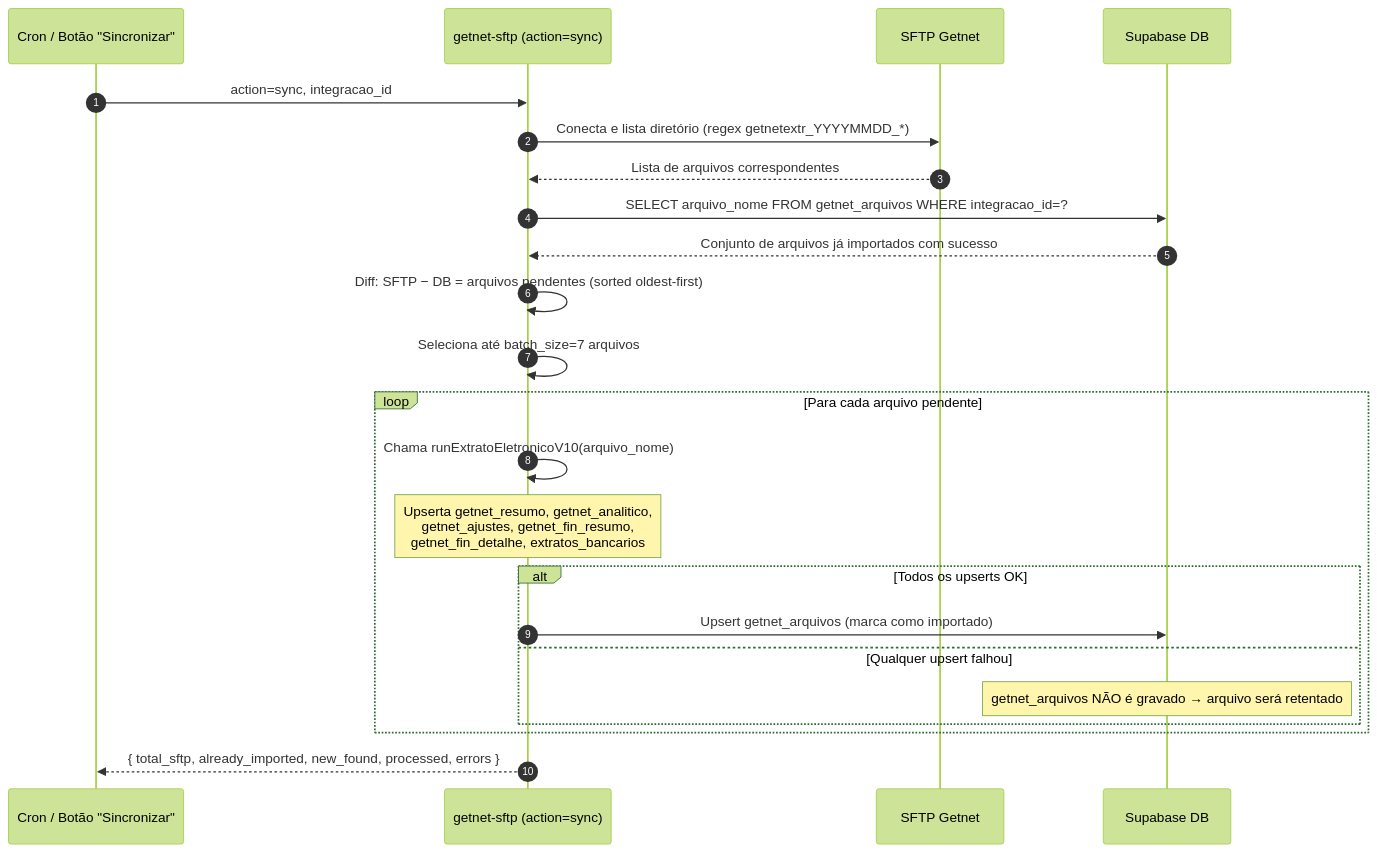
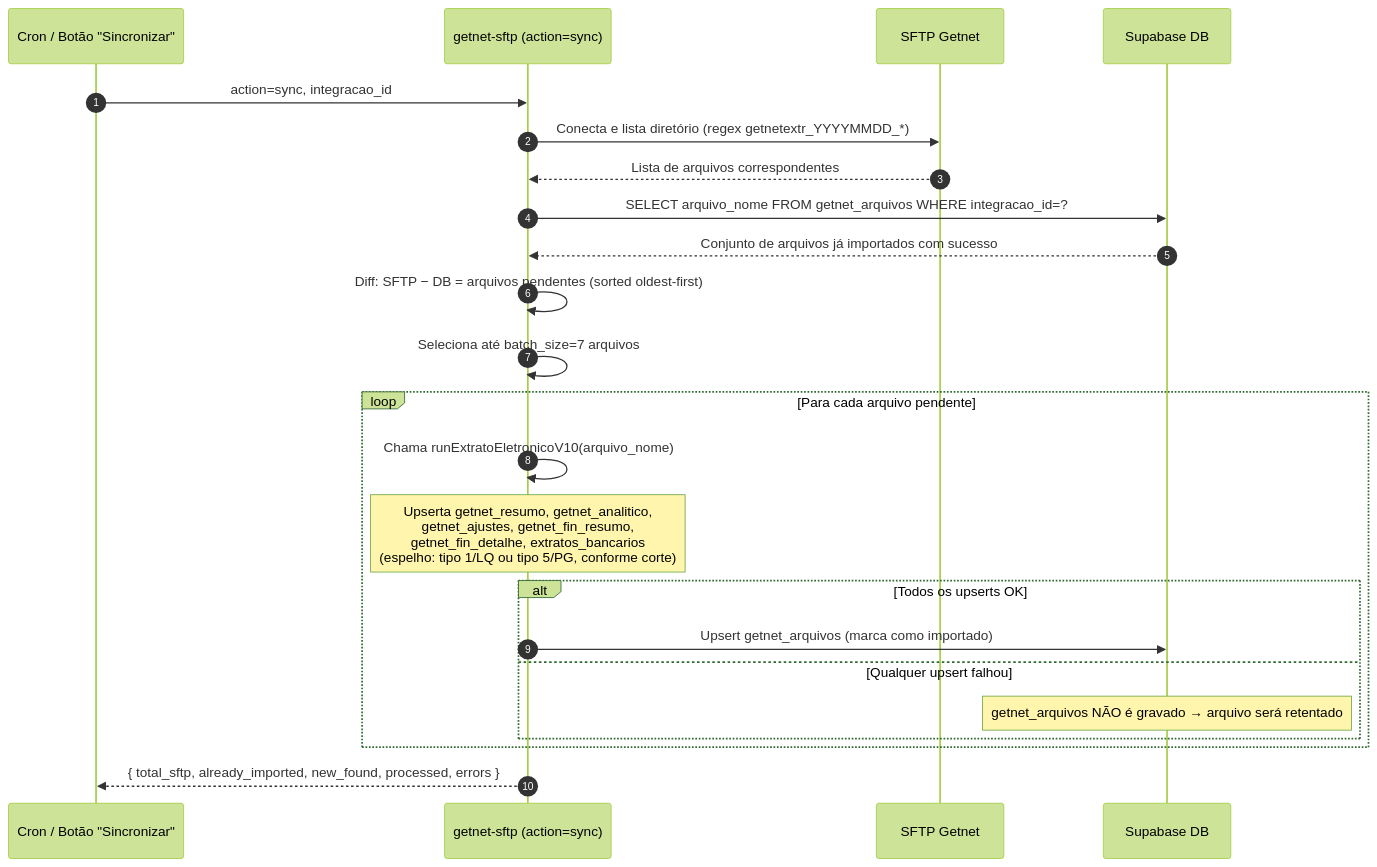
One commit to adrianoapc/igreja-carvalho changed the second of 4 diagrams in docs/diagramas/fluxo-getnet-sftp.md. Above: the diagram before and after it, drawn with Mermaid (forest theme). The commit also changed other lines of this file and 8 other files, not shown here.

First line of the commit message:
feat(financeiro): F6 — espelho Getnet migra de tipo 1 (LQ) para tipo 5 (PG) (#52)

````diff
--- a/docs/diagramas/fluxo-getnet-sftp.md
+++ b/docs/diagramas/fluxo-getnet-sftp.md
@@ -81,28 +82,28 @@
 ```mermaid
 sequenceDiagram
     autonumber
     participant Cron as Cron / Botão "Sincronizar"
     participant Fn as getnet-sftp (action=sync)
     participant SFTP as SFTP Getnet
     participant DB as Supabase DB
 
     Cron->>Fn: action=sync, integracao_id
     Fn->>SFTP: Conecta e lista diretório (regex getnetextr_YYYYMMDD_*)
     SFTP-->>Fn: Lista de arquivos correspondentes
     Fn->>DB: SELECT arquivo_nome FROM getnet_arquivos WHERE integracao_id=?
     DB-->>Fn: Conjunto de arquivos já importados com sucesso
     Fn->>Fn: Diff: SFTP − DB = arquivos pendentes (sorted oldest-first)
     Fn->>Fn: Seleciona até batch_size=7 arquivos
 
     loop Para cada arquivo pendente
         Fn->>Fn: Chama runExtratoEletronicoV10(arquivo_nome)
-        Note over Fn: Upserta getnet_resumo, getnet_analitico,<br/>getnet_ajustes, getnet_fin_resumo,<br/>getnet_fin_detalhe, extratos_bancarios
+        Note over Fn: Upserta getnet_resumo, getnet_analitico,<br/>getnet_ajustes, getnet_fin_resumo,<br/>getnet_fin_detalhe, extratos_bancarios<br/>(espelho: tipo 1/LQ ou tipo 5/PG, conforme corte)
         alt Todos os upserts OK
             Fn->>DB: Upsert getnet_arquivos (marca como importado)
         else Qualquer upsert falhou
             Note over DB: getnet_arquivos NÃO é gravado → arquivo será retentado
         end
     end
 
     Fn-->>Cron: { total_sftp, already_imported, new_found, processed, errors }
 ```
````
